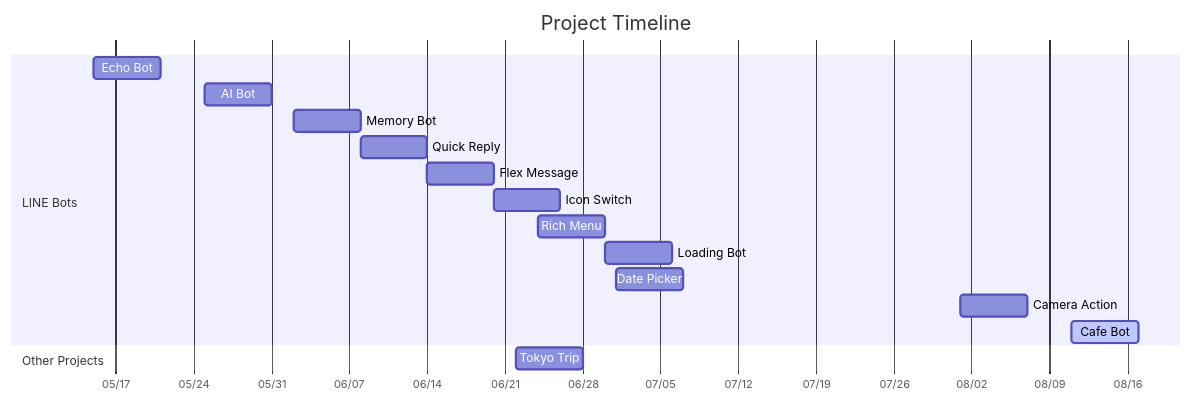
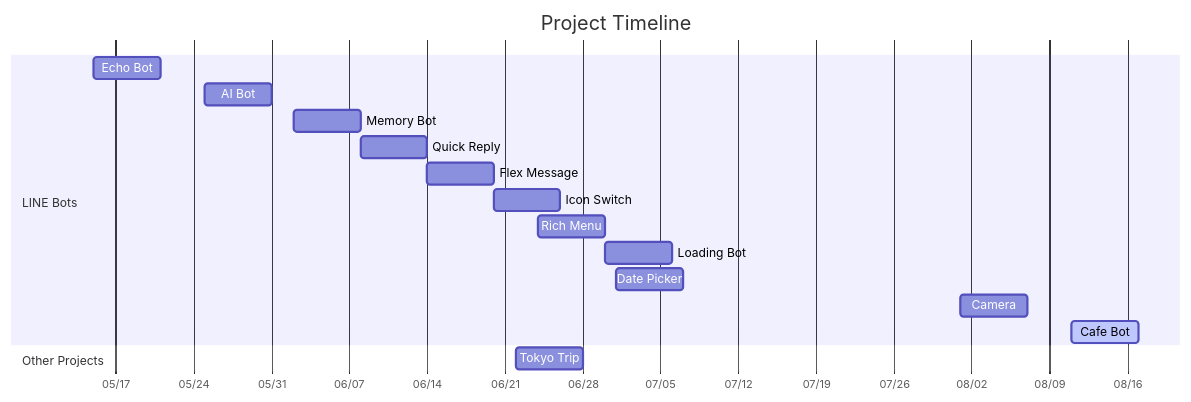
The diagram in README.md (zonawang/zona-ai-learning-lab), drawn with Mermaid before and after one commit.

Commit message:
Shorten camera label in timeline

````diff
--- a/README.md
+++ b/README.md
@@ -11,22 +11,22 @@
 ```mermaid
 gantt
     title Project Timeline
     dateFormat YYYY-MM-DD
     axisFormat %m/%d
 
     section LINE Bots
     Echo Bot      :p1, 2026-05-15, 6d
     AI Bot        :p2, 2026-05-25, 6d
     Memory Bot    :p3, 2026-06-02, 6d
     Quick Reply   :p4, 2026-06-08, 6d
     Flex Message  :p5, 2026-06-14, 6d
     Icon Switch   :p6, 2026-06-20, 6d
     Rich Menu     :p8, 2026-06-24, 6d
     Loading Bot   :p9, 2026-06-30, 6d
     Date Picker   :p10, 2026-07-01, 6d
-    Camera Action :p11, 2026-08-01, 6d
+    Camera        :p11, 2026-08-01, 6d
     Cafe Bot      :active, p12, 2026-08-11, 6d
 
     section Other Projects
     Tokyo Trip    :p7, 2026-06-22, 6d
 ```
````
